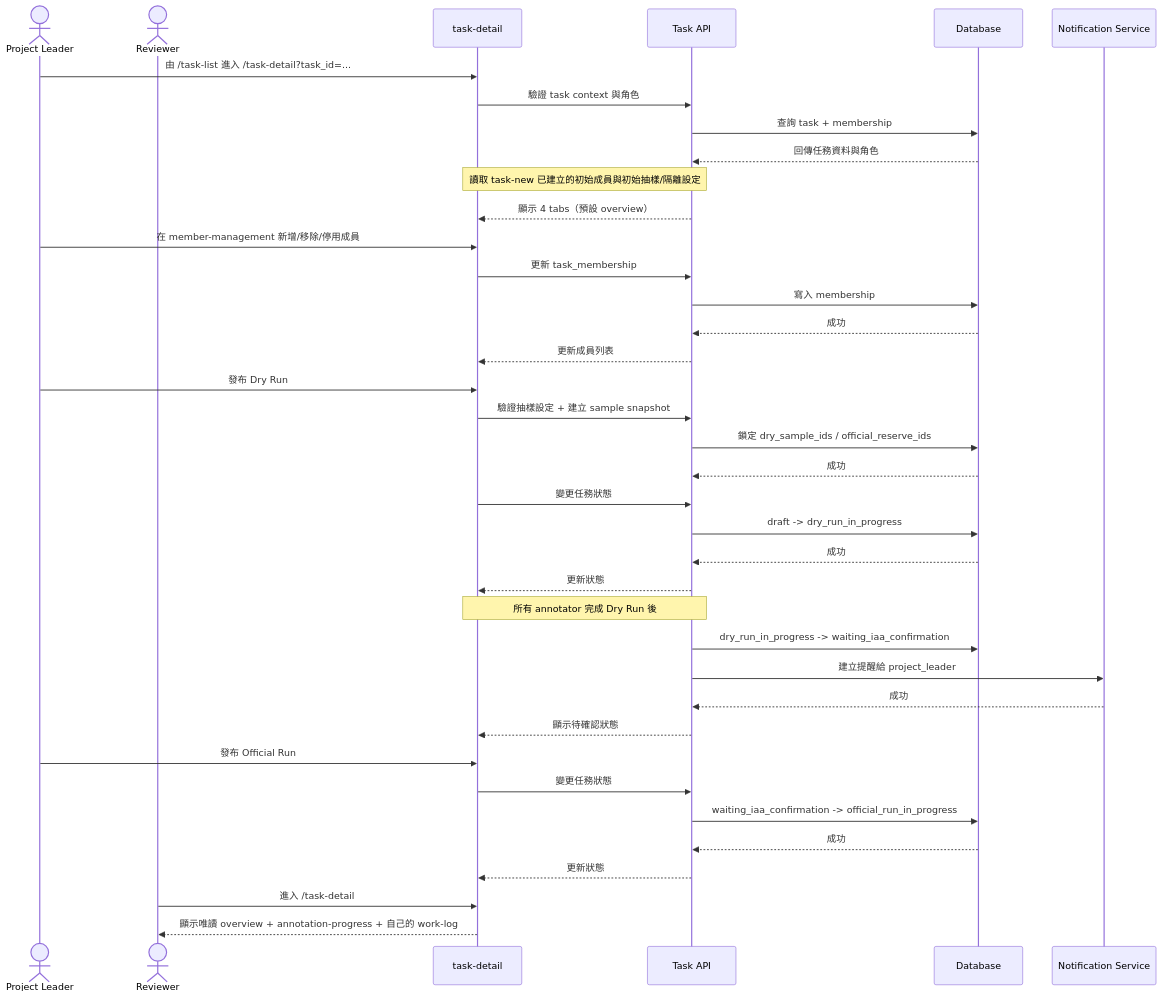
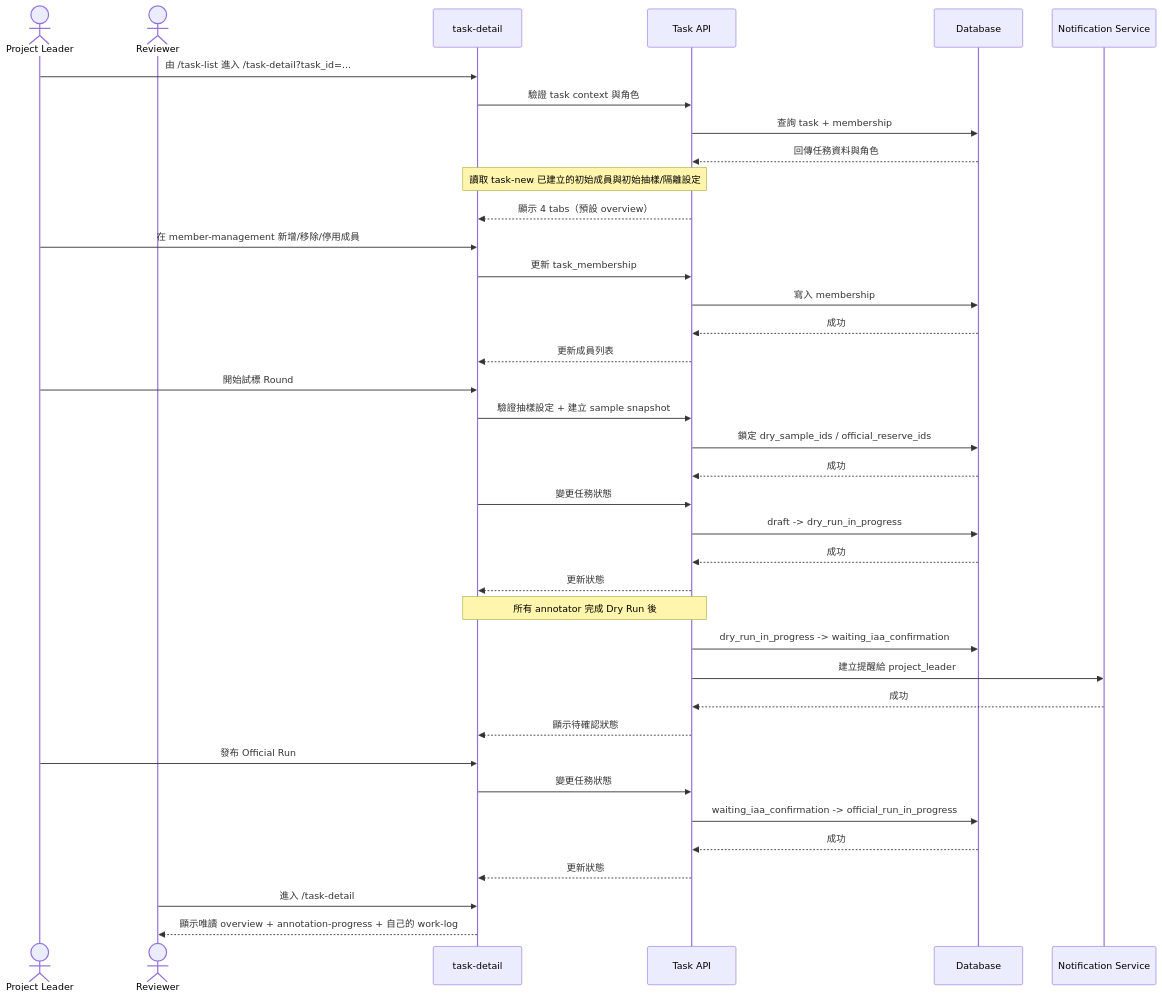
One commit to singyichen/label-suite changed the first of 2 diagrams in specs/task-management/014-task-detail/spec.md. Above: the diagram before and after it, drawn with Mermaid. The commit also changed other lines of this file and 3 other files, not shown here.

````diff
--- a/specs/task-management/014-task-detail/spec.md
+++ b/specs/task-management/014-task-detail/spec.md
@@ -34,46 +34,46 @@
 ```mermaid
 sequenceDiagram
     actor PL as Project Leader
     actor RV as Reviewer
     participant UI as task-detail
     participant API as Task API
     participant DB as Database
     participant Notify as Notification Service
 
     PL->>UI: 由 /task-list 進入 /task-detail?task_id=...
     UI->>API: 驗證 task context 與角色
     API->>DB: 查詢 task + membership
     DB-->>API: 回傳任務資料與角色
     Note over UI,API: 讀取 task-new 已建立的初始成員與初始抽樣/隔離設定
     API-->>UI: 顯示 4 tabs（預設 overview）
 
     PL->>UI: 在 member-management 新增/移除/停用成員
     UI->>API: 更新 task_membership
     API->>DB: 寫入 membership
     DB-->>API: 成功
     API-->>UI: 更新成員列表
 
-    PL->>UI: 發布 Dry Run
+    PL->>UI: 開始試標 Round
     UI->>API: 驗證抽樣設定 + 建立 sample snapshot
     API->>DB: 鎖定 dry_sample_ids / official_reserve_ids
     DB-->>API: 成功
     UI->>API: 變更任務狀態
     API->>DB: draft -> dry_run_in_progress
     DB-->>API: 成功
     API-->>UI: 更新狀態
 
     Note over UI,API: 所有 annotator 完成 Dry Run 後
     API->>DB: dry_run_in_progress -> waiting_iaa_confirmation
     API->>Notify: 建立提醒給 project_leader
     Notify-->>API: 成功
     API-->>UI: 顯示待確認狀態
 
     PL->>UI: 發布 Official Run
     UI->>API: 變更任務狀態
     API->>DB: waiting_iaa_confirmation -> official_run_in_progress
     DB-->>API: 成功
     API-->>UI: 更新狀態
 
     RV->>UI: 進入 /task-detail
     UI-->>RV: 顯示唯讀 overview + annotation-progress + 自己的 work-log
 ```
````
